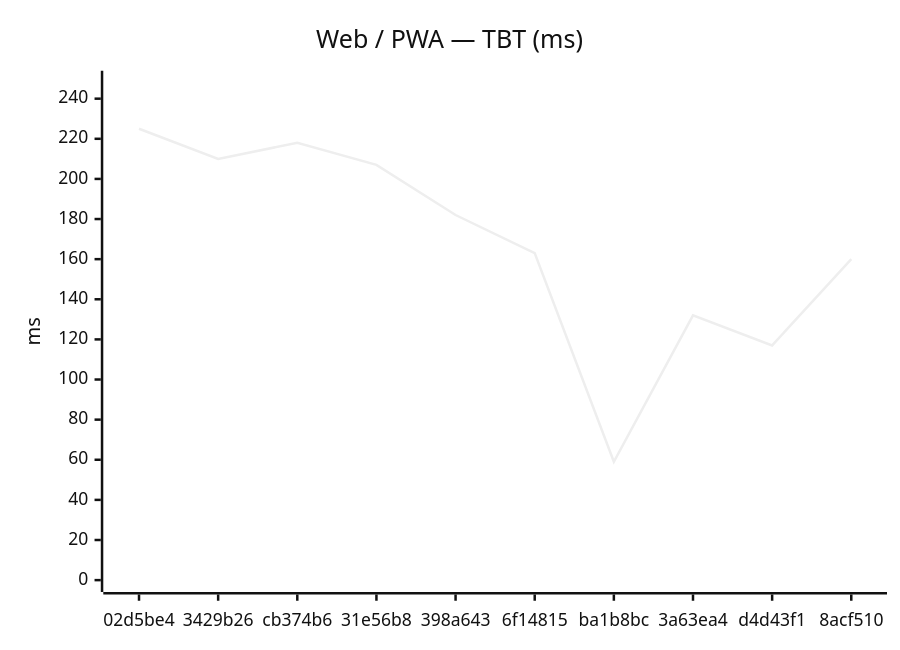
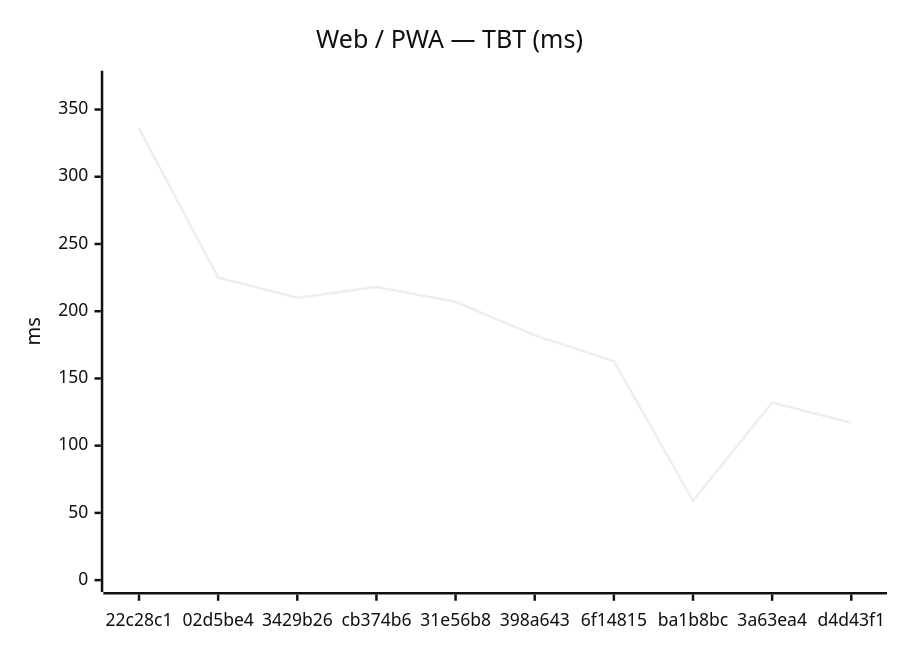
One commit to Metaheurist/Rianell changed the second of 18 diagrams in benchmarks/compare.md. Above: the diagram before and after it, drawn with Mermaid (neutral theme). The commit also changed other lines of this file and 11 other files, not shown here.

````diff
--- a/benchmarks/compare.md
+++ b/benchmarks/compare.md
@@ -31,7 +31,7 @@
 ```mermaid
 xychart-beta
     title "Web / PWA — TBT (ms)"
-    x-axis ["02d5be4", "3429b26", "cb374b6", "31e56b8", "398a643", "6f14815", "ba1b8bc", "3a63ea4", "d4d43f1", "8acf510"]
-    y-axis "ms" 0 --> 248
-    line [225, 210, 218, 207, 182, 163, 59, 132, 117, 160]
+    x-axis ["22c28c1", "02d5be4", "3429b26", "cb374b6", "31e56b8", "398a643", "6f14815", "ba1b8bc", "3a63ea4", "d4d43f1"]
+    y-axis "ms" 0 --> 370
+    line [336, 225, 210, 218, 207, 182, 163, 59, 132, 117]
 ```
````
